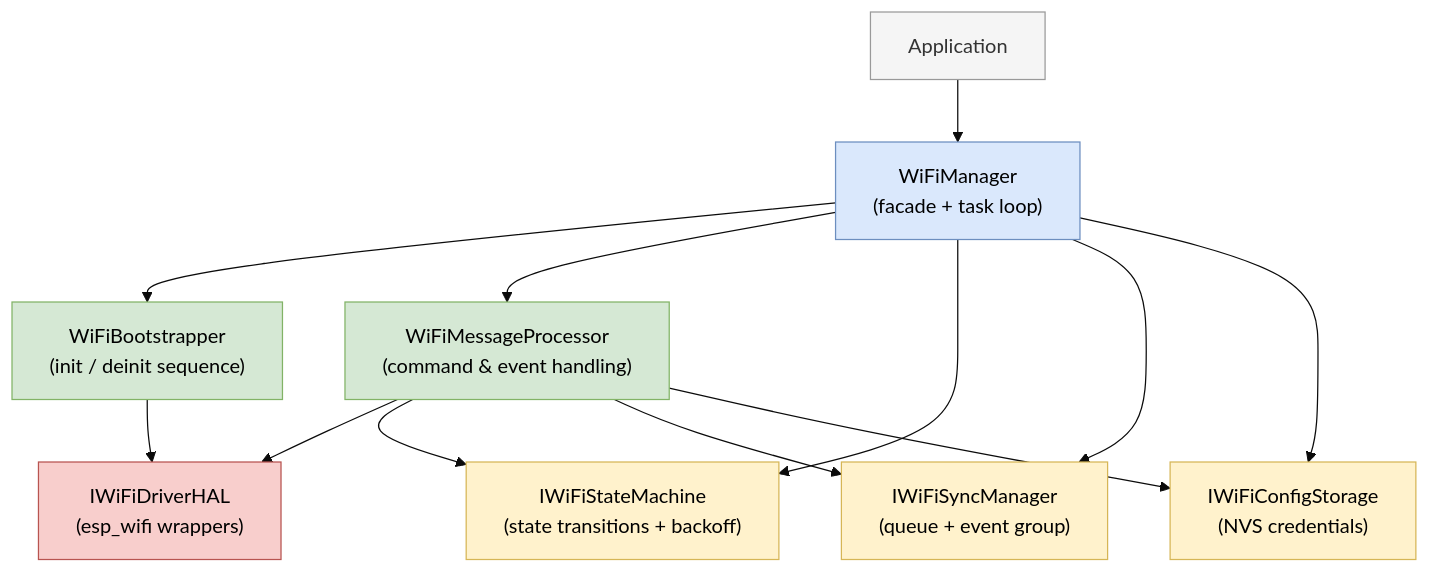
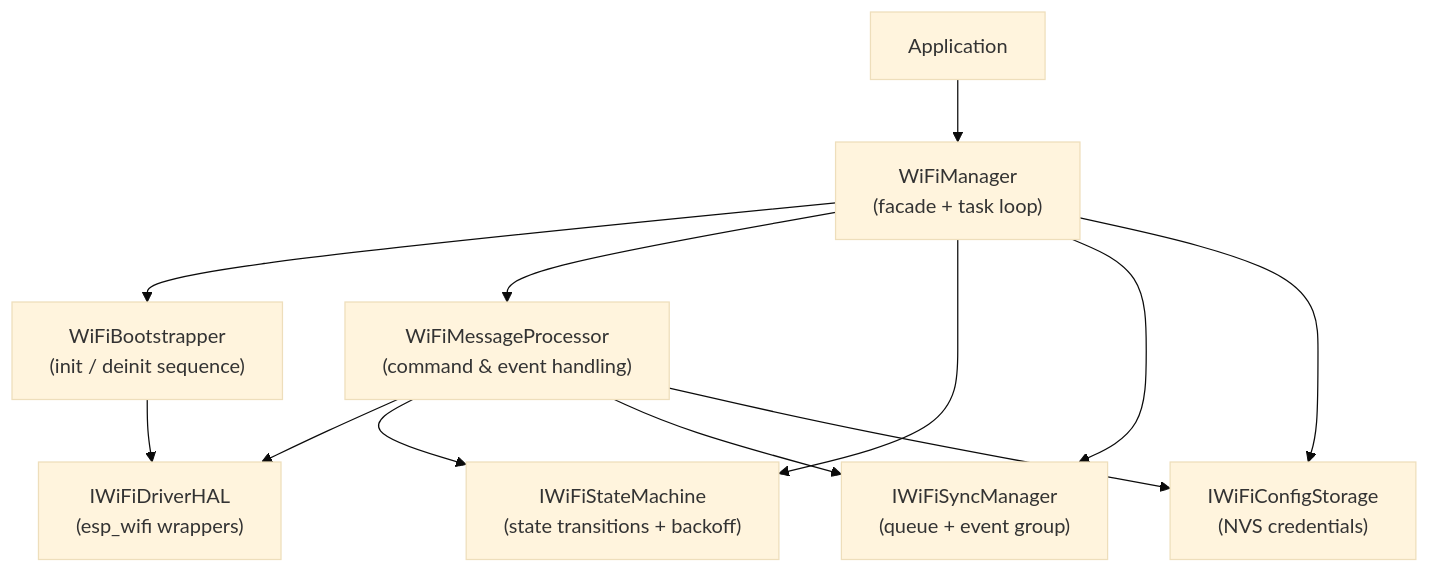
The first of 2 diagrams in README.md (aluiziotomazelli/wifi_manager), drawn with Mermaid (base theme) before and after one commit. The commit also changed 1 other file, not shown here.

Commit message:
doc: removed color from mermaids

````diff
--- a/README.md
+++ b/README.md
@@ -52,25 +52,16 @@
 ```mermaid
 graph TD
     App["Application"] --> WM["WiFiManager\n(facade + task loop)"]
 
     WM --> BS["WiFiBootstrapper\n(init / deinit sequence)"]
     WM --> MP["WiFiMessageProcessor\n(command & event handling)"]
     WM --> SM["IWiFiStateMachine\n(state transitions + backoff)"]
     WM --> SY["IWiFiSyncManager\n(queue + event group)"]
     WM --> ST["IWiFiConfigStorage\n(NVS credentials)"]
 
     BS --> HAL["IWiFiDriverHAL\n(esp_wifi wrappers)"]
     MP --> HAL
     MP --> SM
     MP --> SY
     MP --> ST
-
-    style App fill:#f5f5f5,stroke:#999
-    style WM fill:#dae8fc,stroke:#6c8ebf, color:#000000
-    style BS fill:#d5e8d4,stroke:#82b366, color:#000000
-    style MP fill:#d5e8d4,stroke:#82b366, color:#000000
-    style SM fill:#fff2cc,stroke:#d6b656, color:#000000
-    style SY fill:#fff2cc,stroke:#d6b656, color:#000000
-    style ST fill:#fff2cc,stroke:#d6b656, color:#000000
-    style HAL fill:#f8cecc,stroke:#b85450, color:#000000
 ```
````
